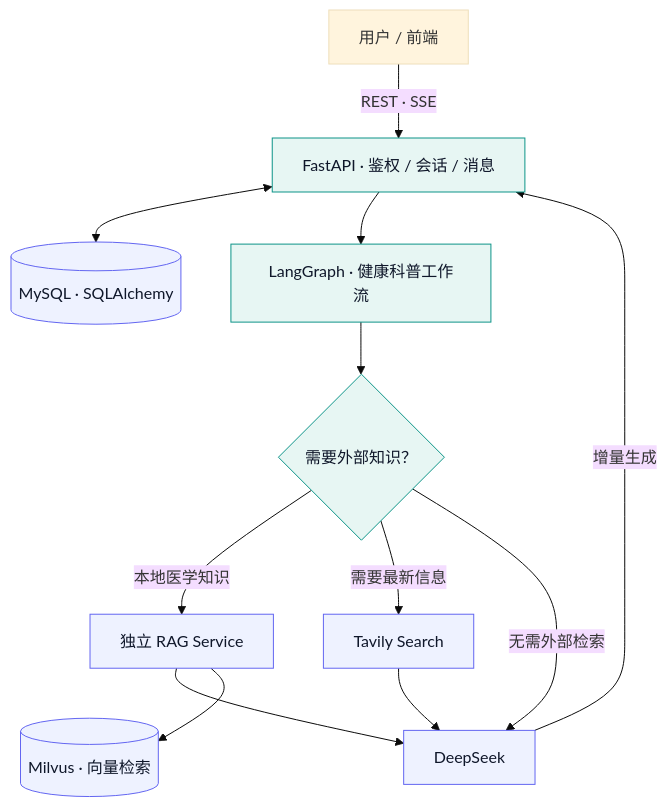
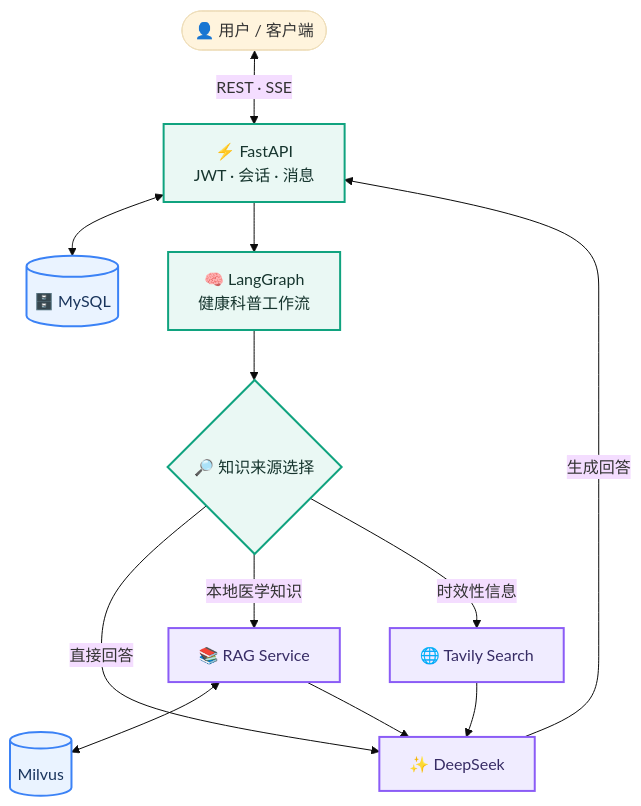
Before and after one commit to lshan02508-ai/MedCore: the diagram in README.md, drawn with Mermaid (base theme). The commit also changed other lines of this file, not shown here.

````diff
--- a/README.md
+++ b/README.md
@@ -54,19 +73,23 @@
 ```mermaid
 flowchart TB
-    U["用户 / 前端"] -->|"REST · SSE"| API["FastAPI · 鉴权 / 会话 / 消息"]
-    API <--> DB[("MySQL · SQLAlchemy")]
-    API --> G["LangGraph · 健康科普工作流"]
-    G --> ROUTE{"需要外部知识？"}
-    ROUTE -->|"本地医学知识"| RAG["独立 RAG Service"]
-    ROUTE -->|"需要最新信息"| WEB["Tavily Search"]
-    ROUTE -->|"无需外部检索"| LLM["DeepSeek"]
+    U([👤 用户 / 客户端]) <-->|REST · SSE| API["⚡ FastAPI<br/>JWT · 会话 · 消息"]
+    API <--> DB[("🗄️ MySQL")]
+    API --> GRAPH["🧠 LangGraph<br/>健康科普工作流"]
+    GRAPH --> ROUTER{"🔎 知识来源选择"}
+
+    ROUTER -->|直接回答| LLM["✨ DeepSeek"]
+    ROUTER -->|本地医学知识| RAG["📚 RAG Service"]
+    ROUTER -->|时效性信息| WEB["🌐 Tavily Search"]
+
+    RAG <--> VDB[("Milvus")]
     RAG --> LLM
     WEB --> LLM
-    LLM -->|"增量生成"| API
-    RAG --> MILVUS[("Milvus · 向量检索")]
+    LLM -->|生成回答| API
 
-    classDef core fill:#e7f6f3,stroke:#0d9488,color:#0f172a;
-    classDef infra fill:#eef2ff,stroke:#6366f1,color:#0f172a;
-    class API,G,ROUTE core;
-    class DB,MILVUS,RAG,WEB,LLM infra;
+    classDef core fill:#EAF8F4,stroke:#10A37F,stroke-width:2px,color:#16352E;
+    classDef ai fill:#F0ECFF,stroke:#8B5CF6,stroke-width:2px,color:#372C65;
+    classDef data fill:#EAF3FF,stroke:#3B82F6,stroke-width:2px,color:#19345C;
+    class API,GRAPH,ROUTER core;
+    class LLM,RAG,WEB ai;
+    class DB,VDB data;
 ```
````
